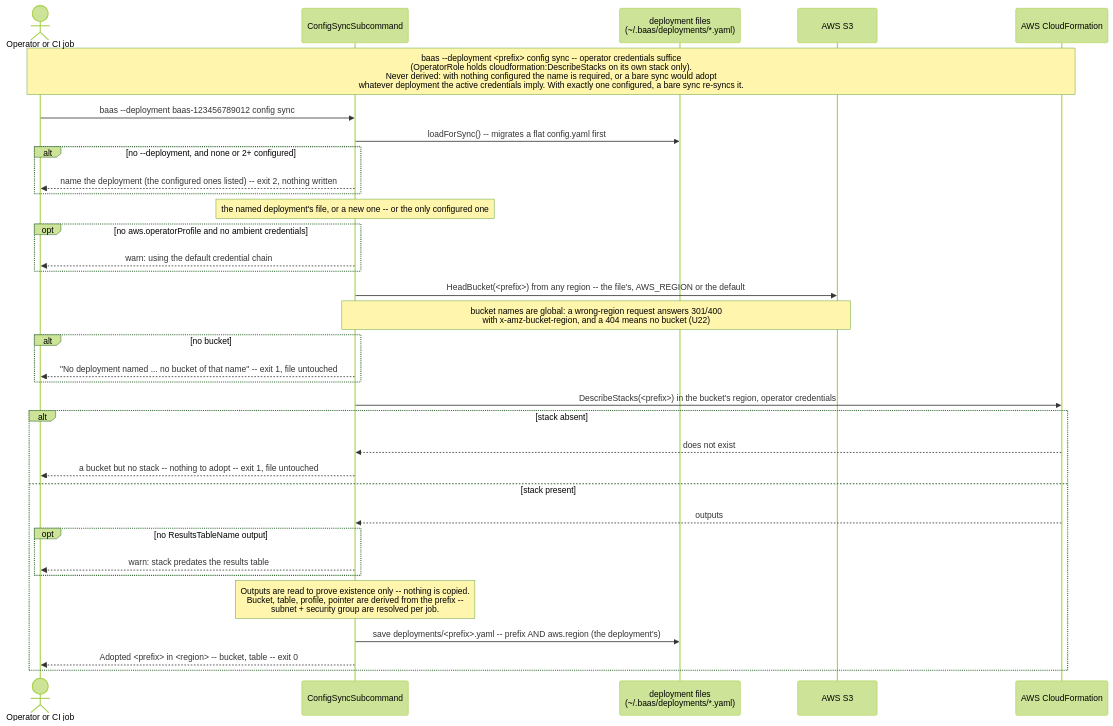
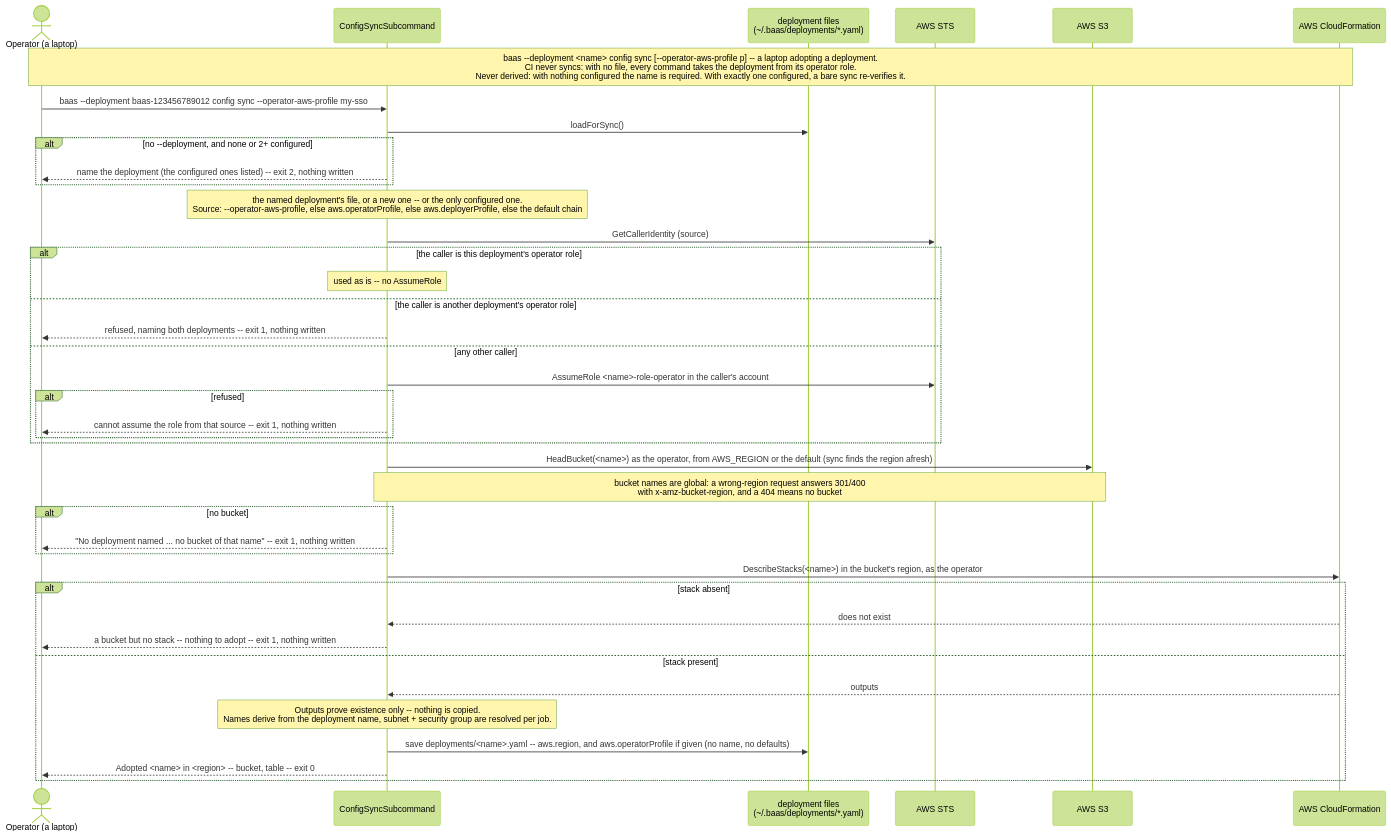
Before and after one commit to wsztajerowski/benchmark-as-a-service: the diagram in docs/diagrams/baas-config-sync.mmd, drawn with Mermaid (forest theme). The commit also changed 13 other files, not shown here.

First line of the commit message:
docs: describe the operator role resolved by the CLI and CI without config sync

```diff
--- a/docs/diagrams/baas-config-sync.mmd
+++ b/docs/diagrams/baas-config-sync.mmd
@@ -1,35 +1,41 @@
 sequenceDiagram
-    actor User as Operator or CI job
+    actor User as Operator (a laptop)
     participant CS as ConfigSyncSubcommand
     participant CFG as deployment files<br/>(~/.baas/deployments/*.yaml)
+    participant STS as AWS STS
     participant S3 as AWS S3
     participant CF as AWS CloudFormation
 
-    Note over User,CF: baas --deployment <prefix> config sync -- operator credentials suffice<br/>(OperatorRole holds cloudformation:DescribeStacks on its own stack only).<br/>Never derived: with nothing configured the name is required, or a bare sync would adopt<br/>whatever deployment the active credentials imply. With exactly one configured, a bare sync re-syncs it.
-    User->>CS: baas --deployment baas-123456789012 config sync
-    CS->>CFG: loadForSync() -- migrates a flat config.yaml first
+    Note over User,CF: baas --deployment <name> config sync [--operator-aws-profile p] -- a laptop adopting a deployment.<br/>CI never syncs: with no file, every command takes the deployment from its operator role.<br/>Never derived: with nothing configured the name is required. With exactly one configured, a bare sync re-verifies it.
+    User->>CS: baas --deployment baas-123456789012 config sync --operator-aws-profile my-sso
+    CS->>CFG: loadForSync()
     alt no --deployment, and none or 2+ configured
         CS-->>User: name the deployment (the configured ones listed) -- exit 2, nothing written
     end
-    Note over CS: the named deployment's file, or a new one -- or the only configured one
-    opt no aws.operatorProfile and no ambient credentials
-        CS-->>User: warn: using the default credential chain
+    Note over CS: the named deployment's file, or a new one -- or the only configured one.<br/>Source: --operator-aws-profile, else aws.operatorProfile, else aws.deployerProfile, else the default chain
+    CS->>STS: GetCallerIdentity (source)
+    alt the caller is this deployment's operator role
+        Note over CS: used as is -- no AssumeRole
+    else the caller is another deployment's operator role
+        CS-->>User: refused, naming both deployments -- exit 1, nothing written
+    else any other caller
+        CS->>STS: AssumeRole <name>-role-operator in the caller's account
+        alt refused
+            CS-->>User: cannot assume the role from that source -- exit 1, nothing written
+        end
     end
-    CS->>S3: HeadBucket(<prefix>) from any region -- the file's, AWS_REGION or the default
-    Note over CS,S3: bucket names are global: a wrong-region request answers 301/400<br/>with x-amz-bucket-region, and a 404 means no bucket (U22)
+    CS->>S3: HeadBucket(<name>) as the operator, from AWS_REGION or the default (sync finds the region afresh)
+    Note over CS,S3: bucket names are global: a wrong-region request answers 301/400<br/>with x-amz-bucket-region, and a 404 means no bucket
     alt no bucket
-        CS-->>User: "No deployment named ... no bucket of that name" -- exit 1, file untouched
+        CS-->>User: "No deployment named ... no bucket of that name" -- exit 1, nothing written
     end
-    CS->>CF: DescribeStacks(<prefix>) in the bucket's region, operator credentials
+    CS->>CF: DescribeStacks(<name>) in the bucket's region, as the operator
     alt stack absent
         CF-->>CS: does not exist
-        CS-->>User: a bucket but no stack -- nothing to adopt -- exit 1, file untouched
+        CS-->>User: a bucket but no stack -- nothing to adopt -- exit 1, nothing written
     else stack present
         CF-->>CS: outputs
-        opt no ResultsTableName output
-            CS-->>User: warn: stack predates the results table
-        end
-        Note over CS: Outputs are read to prove existence only -- nothing is copied.<br/>Bucket, table, profile, pointer are derived from the prefix --<br/>subnet + security group are resolved per job.
-        CS->>CFG: save deployments/<prefix>.yaml -- prefix AND aws.region (the deployment's)
-        CS-->>User: Adopted <prefix> in <region> -- bucket, table -- exit 0
+        Note over CS: Outputs prove existence only -- nothing is copied.<br/>Names derive from the deployment name, subnet + security group are resolved per job.
+        CS->>CFG: save deployments/<name>.yaml -- aws.region, and aws.operatorProfile if given (no name, no defaults)
+        CS-->>User: Adopted <name> in <region> -- bucket, table -- exit 0
     end
```
